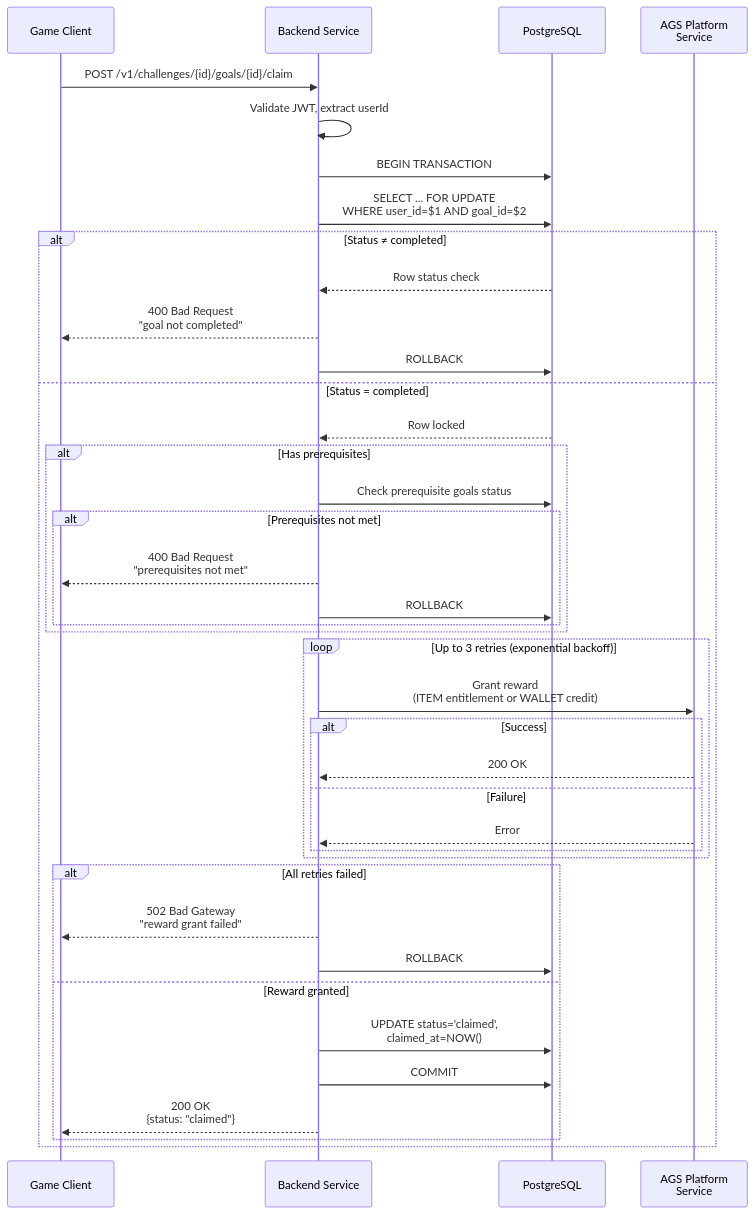
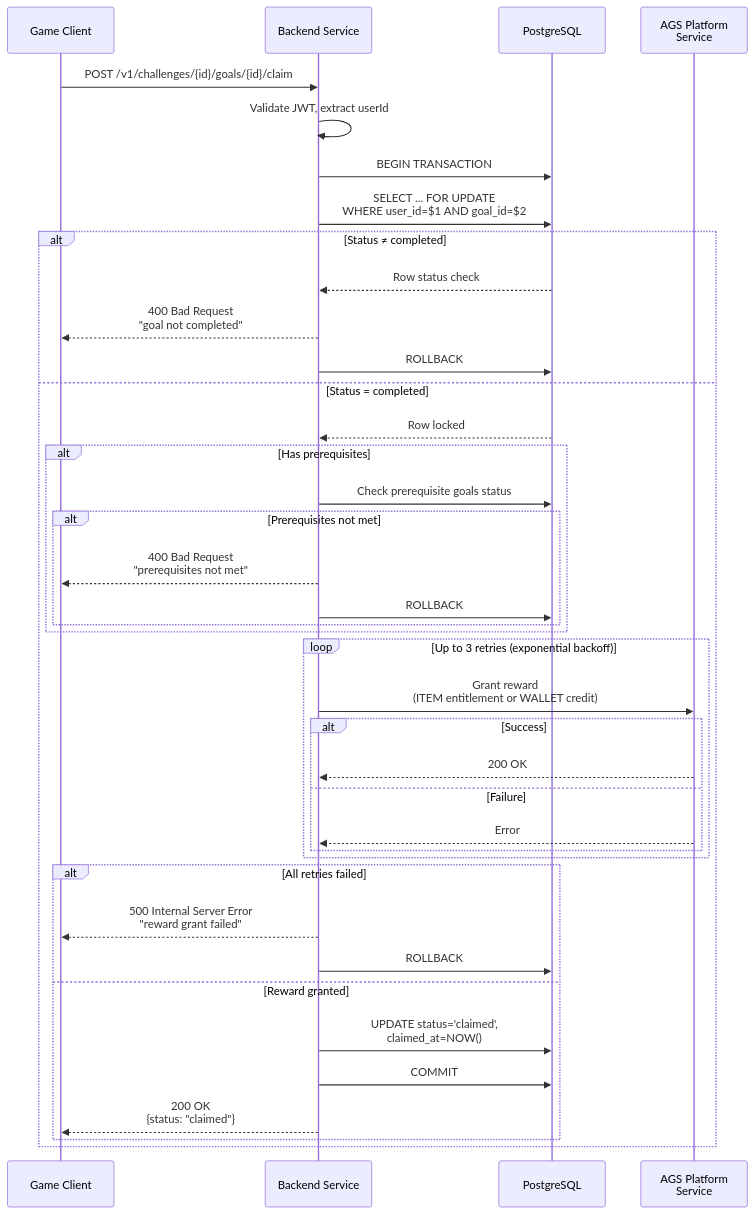
Before and after one commit to AccelByte/extend-challenge-suite: the fourth of 8 diagrams in docs/VISUAL_FLOWS.md, drawn with Mermaid. The commit also changed other lines of this file, not shown here.

First line of the commit message:
Fix 7 inaccuracies in visual flow diagrams to match implementation

````diff
--- a/docs/VISUAL_FLOWS.md
+++ b/docs/VISUAL_FLOWS.md
@@ -153,47 +153,47 @@
 ```mermaid
 sequenceDiagram
     participant C as Game Client
     participant API as Backend Service
     participant DB as PostgreSQL
     participant AGS as AGS Platform<br/>Service
 
     C->>API: POST /v1/challenges/{id}/goals/{id}/claim
     API->>API: Validate JWT, extract userId
 
     API->>DB: BEGIN TRANSACTION
     API->>DB: SELECT ... FOR UPDATE<br/>WHERE user_id=$1 AND goal_id=$2
 
     alt Status ≠ completed
         DB-->>API: Row status check
         API-->>C: 400 Bad Request<br/>"goal not completed"
         API->>DB: ROLLBACK
     else Status = completed
         DB-->>API: Row locked
 
         alt Has prerequisites
             API->>DB: Check prerequisite goals status
             alt Prerequisites not met
                 API-->>C: 400 Bad Request<br/>"prerequisites not met"
                 API->>DB: ROLLBACK
             end
         end
 
         loop Up to 3 retries (exponential backoff)
             API->>AGS: Grant reward<br/>(ITEM entitlement or WALLET credit)
             alt Success
                 AGS-->>API: 200 OK
             else Failure
                 AGS-->>API: Error
             end
         end
 
         alt All retries failed
-            API-->>C: 502 Bad Gateway<br/>"reward grant failed"
+            API-->>C: 500 Internal Server Error<br/>"reward grant failed"
             API->>DB: ROLLBACK
         else Reward granted
             API->>DB: UPDATE status='claimed',<br/>claimed_at=NOW()
             API->>DB: COMMIT
             API-->>C: 200 OK<br/>{status: "claimed"}
         end
     end
 ```
````
